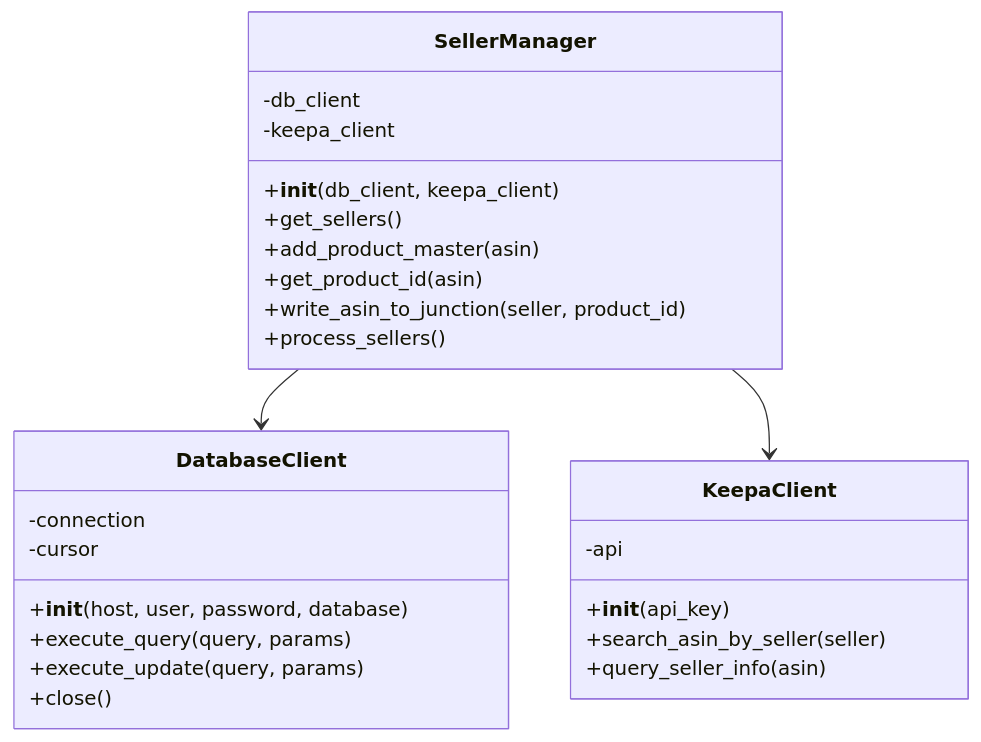
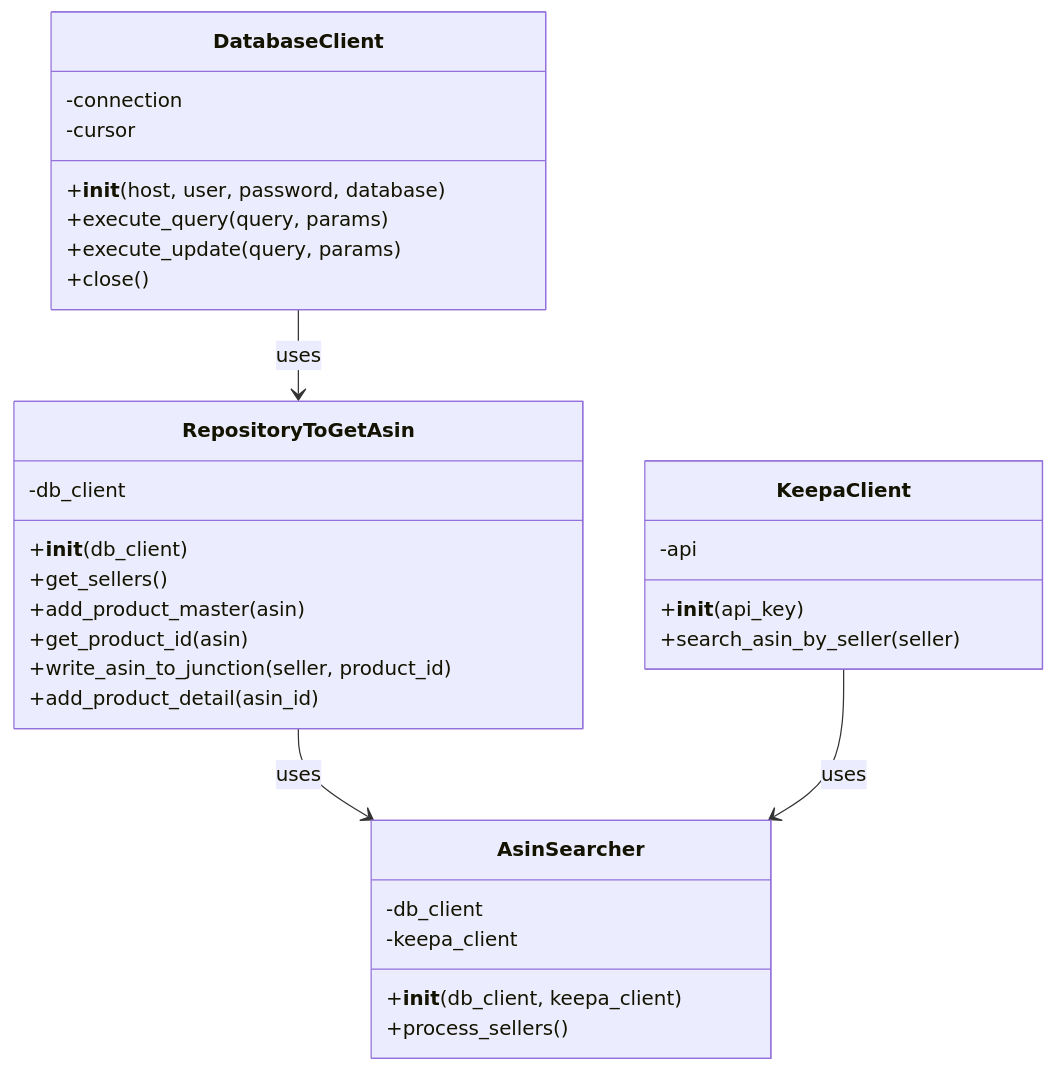
The diagram in CLS/research_CLS_get_asin.md (Hanato238/ASIN_search_dev), drawn with Mermaid before and after one commit. The commit also changed 20 other files, not shown here.

````diff
--- a/CLS/research_CLS_get_asin.md
+++ b/CLS/research_CLS_get_asin.md
@@ -1,34 +1,41 @@
 ```mermaid
 classDiagram
     class DatabaseClient {
         -connection
         -cursor
         +__init__(host, user, password, database)
         +execute_query(query, params)
         +execute_update(query, params)
         +close()
     }
 
+    class RepositoryToGetAsin {
+        -db_client
+        +__init__(db_client)
+        +get_sellers()
+        +add_product_master(asin)
+        +get_product_id(asin)
+        +write_asin_to_junction(seller, product_id)
+        +add_product_detail(asin_id)
+    }
+
     class KeepaClient {
         -api
         +__init__(api_key)
         +search_asin_by_seller(seller)
-        +query_seller_info(asin)
     }
 
-    class SellerManager {
+    class AsinSearcher {
         -db_client
         -keepa_client
         +__init__(db_client, keepa_client)
-        +get_sellers()
-        +add_product_master(asin)
-        +get_product_id(asin)
-        +write_asin_to_junction(seller, product_id)
         +process_sellers()
     }
 
-    SellerManager --> DatabaseClient
-    SellerManager --> KeepaClient
+    DatabaseClient --> RepositoryToGetAsin : uses
+    RepositoryToGetAsin --> AsinSearcher : uses
+    KeepaClient --> AsinSearcher : uses
+
 
 
 ```
````
